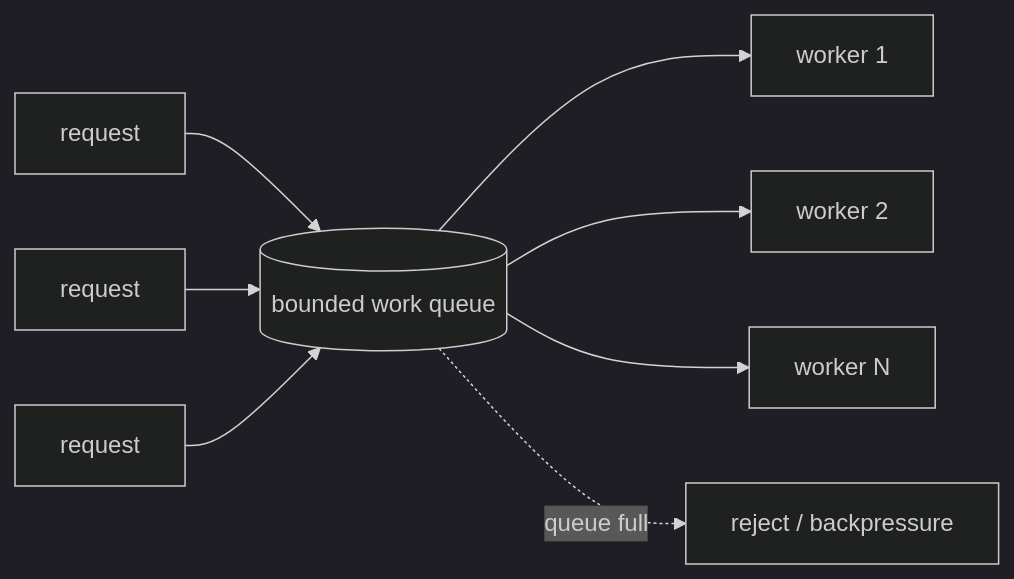
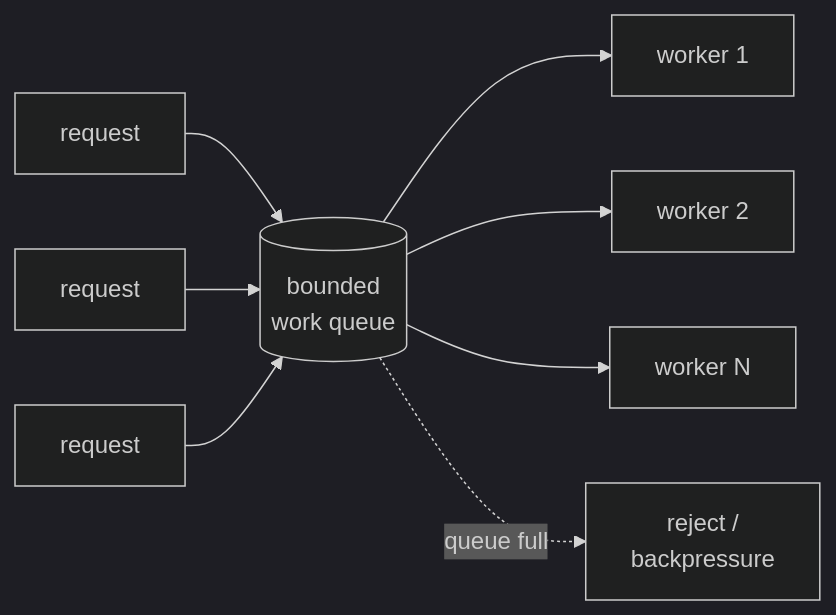
The diagram in content/lessons/os/os-thread-pools.md (Siva010/CoreCS), drawn with Mermaid (dark theme) before and after one commit. The commit also changed 54 other files, not shown here.

First line of the commit message:
Add diagrams to the database lessons and make them readable

````diff
--- a/content/lessons/os/os-thread-pools.md
+++ b/content/lessons/os/os-thread-pools.md
@@ -41,10 +41,10 @@
 ```mermaid
 flowchart LR
-    C1[request] --> Q[(bounded work queue)]
+    C1[request] --> Q[("bounded<br/>work queue")]
     C2[request] --> Q
     C3[request] --> Q
     Q --> W1[worker 1]
     Q --> W2[worker 2]
     Q --> W3[worker N]
-    Q -. queue full .-> R[reject / backpressure]
+    Q -. queue full .-> R["reject /<br/>backpressure"]
 ```
````
